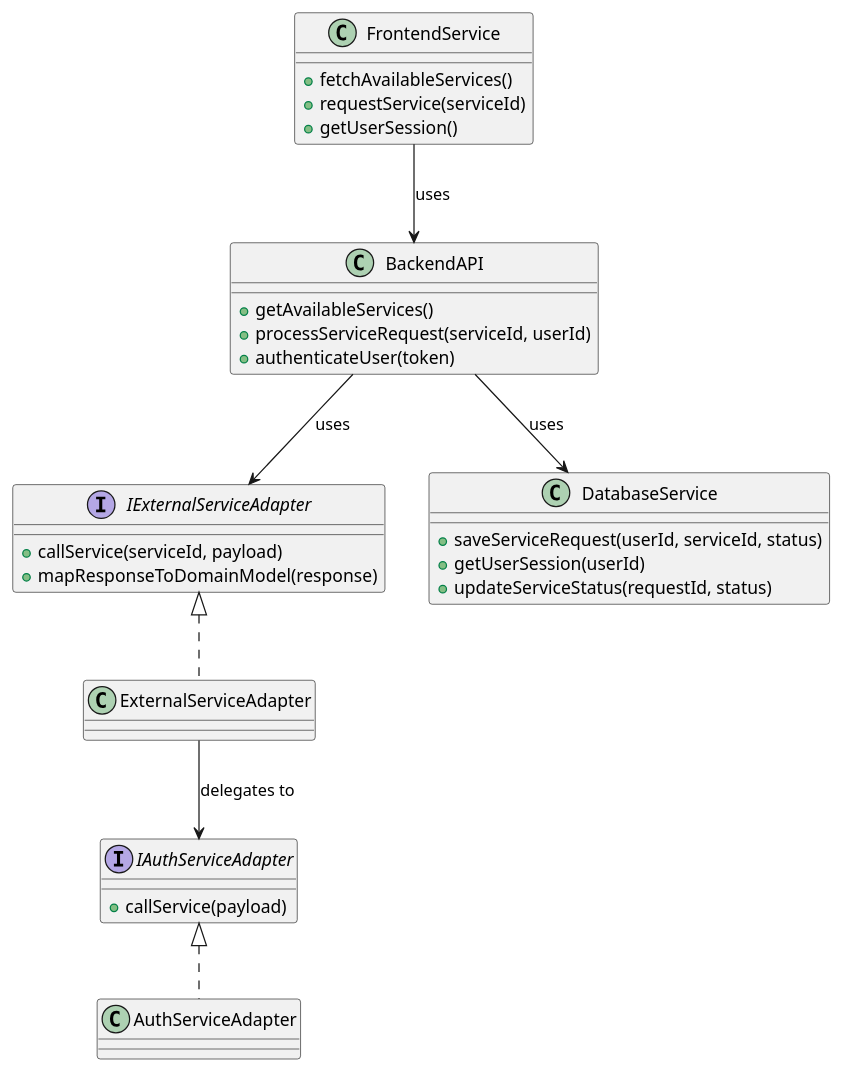
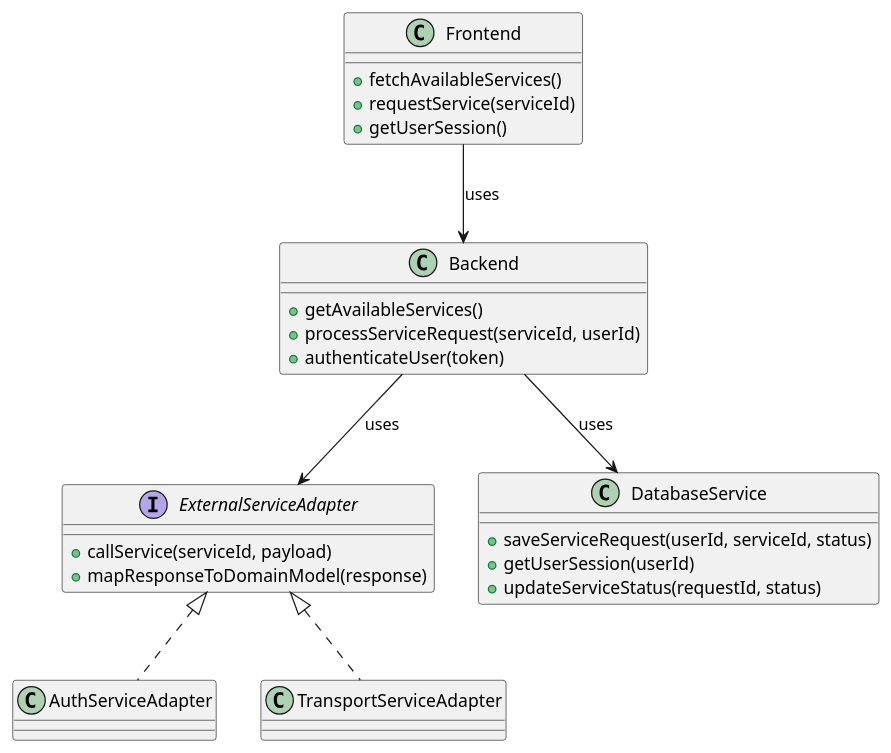
One commit to AIM-ENE-feb25/triptop-groep-3 changed the diagram in opdracht-diagrammen/Ontwerpvraag/Cas/Adapter Pattern.puml. Above: the diagram before and after it, drawn with PlantUML.

Commit message:
Updated: Adapter pattern class diagram

```diff
--- a/opdracht-diagrammen/Ontwerpvraag/Cas/Adapter Pattern.puml
+++ b/opdracht-diagrammen/Ontwerpvraag/Cas/Adapter Pattern.puml
@@ -1,41 +1,38 @@
 @startuml
 
-interface IExternalServiceAdapter {
+
+
+class AuthServiceAdapter implements ExternalServiceAdapter {
+}
+
+class TransportServiceAdapter implements ExternalServiceAdapter {
+}
+
+interface ExternalServiceAdapter {
     +callService(serviceId, payload)
     +mapResponseToDomainModel(response)
 }
 
-interface IAuthServiceAdapter {
-    +callService(payload)
-}
-
-class ExternalServiceAdapter implements IExternalServiceAdapter {
-}
-
-class AuthServiceAdapter implements IAuthServiceAdapter {
-}
-
-class FrontendService {
+class Frontend {
     +fetchAvailableServices()
     +requestService(serviceId)
     +getUserSession()
 }
 
-class BackendAPI {
+class Backend {
     +getAvailableServices()
     +processServiceRequest(serviceId, userId)
     +authenticateUser(token)
 }
 
 class DatabaseService {
     +saveServiceRequest(userId, serviceId, status)
     +getUserSession(userId)
     +updateServiceStatus(requestId, status)
 }
 
-FrontendService --> BackendAPI : uses
-BackendAPI --> IExternalServiceAdapter : uses
-BackendAPI --> DatabaseService : uses
-ExternalServiceAdapter --> IAuthServiceAdapter : delegates to
+Frontend --> Backend : uses
+Backend --> ExternalServiceAdapter : uses
+Backend --> DatabaseService : uses
 
 @enduml
```
